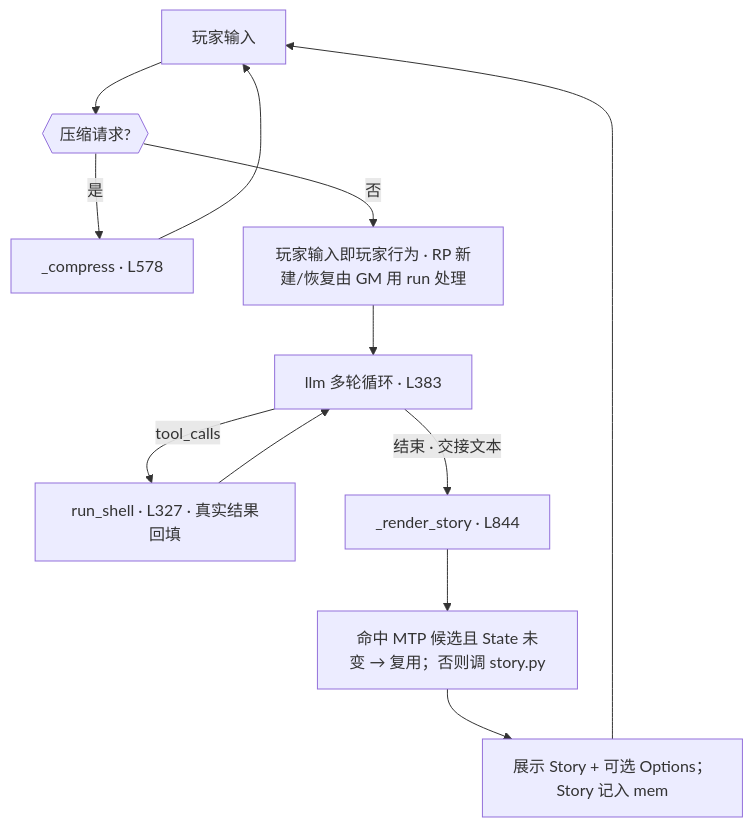
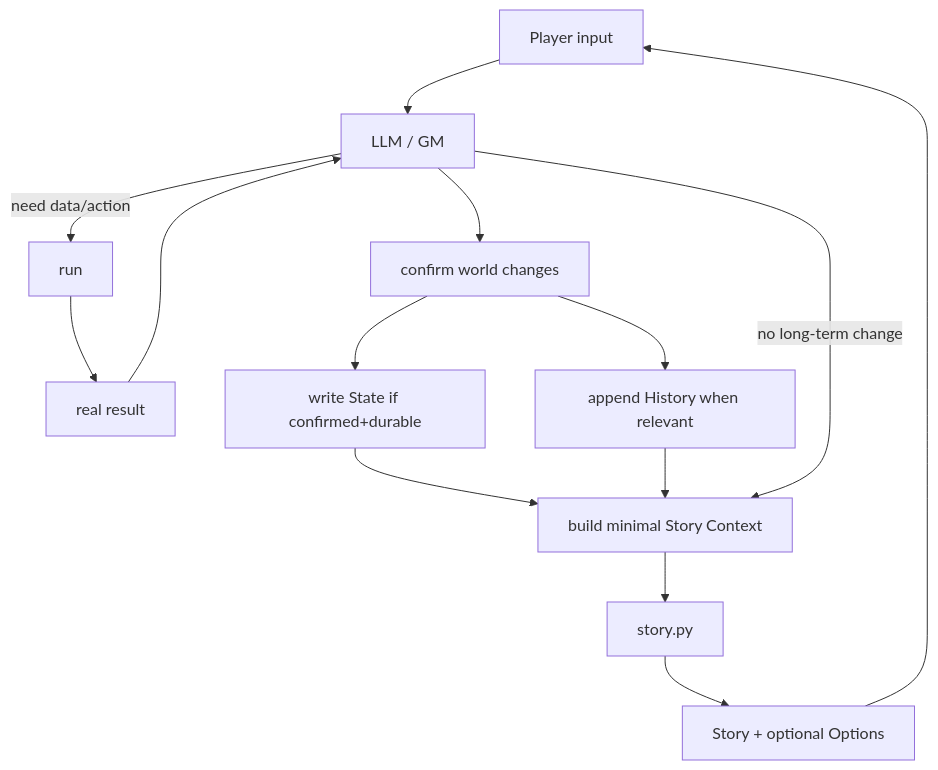
Before and after one commit to Xiyinnnnnn/RP-agent: the second of 2 diagrams in DOC.md, drawn with Mermaid. The commit also changed other lines of this file, not shown here.

````diff
--- a/DOC.md
+++ b/DOC.md
@@ -23,14 +73,16 @@
 ```mermaid
 flowchart TD
-    A["玩家输入"] --> B{{"压缩请求?"}}
-    B -- "是" --> C["_compress · L578"]
-    C --> A
-    B -- "否" --> D["玩家输入即玩家行为 · RP 新建/恢复由 GM 用 run 处理"]
-    D --> G["llm 多轮循环 · L383"]
-    G -- "tool_calls" --> H["run_shell · L327 · 真实结果回填"]
-    H --> G
-    G -- "结束 · 交接文本" --> R["_render_story · L844"]
-    R --> R2["命中 MTP 候选且 State 未变 → 复用；否则调 story.py"]
-    R2 --> R3["展示 Story + 可选 Options；Story 记入 mem"]
-    R3 --> A
+    I["Player input"] --> L["LLM / GM"]
+    L -->|"need data/action"| R["run"]
+    R --> X["real result"]
+    X --> L
+    L --> D["confirm world changes"]
+    D --> SS["write State if confirmed+durable"]
+    D --> HH["append History when relevant"]
+    SS --> CT["build minimal Story Context"]
+    HH --> CT
+    L -->|"no long-term change"| CT
+    CT --> S["story.py"]
+    S --> O["Story + optional Options"]
+    O --> I
 ```
````
